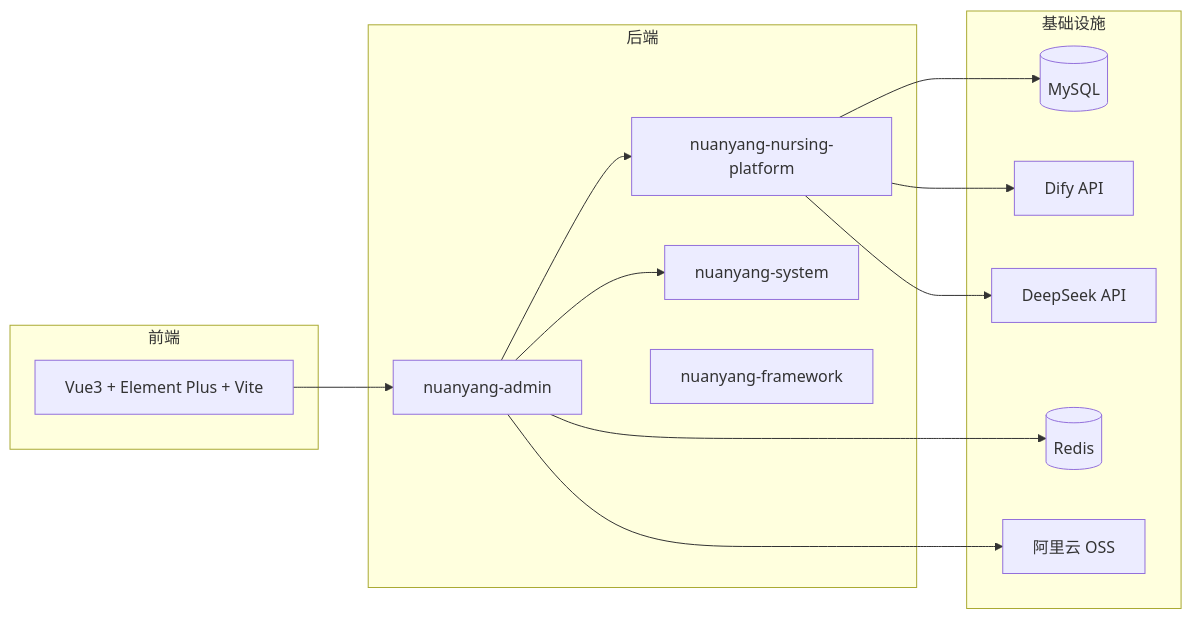
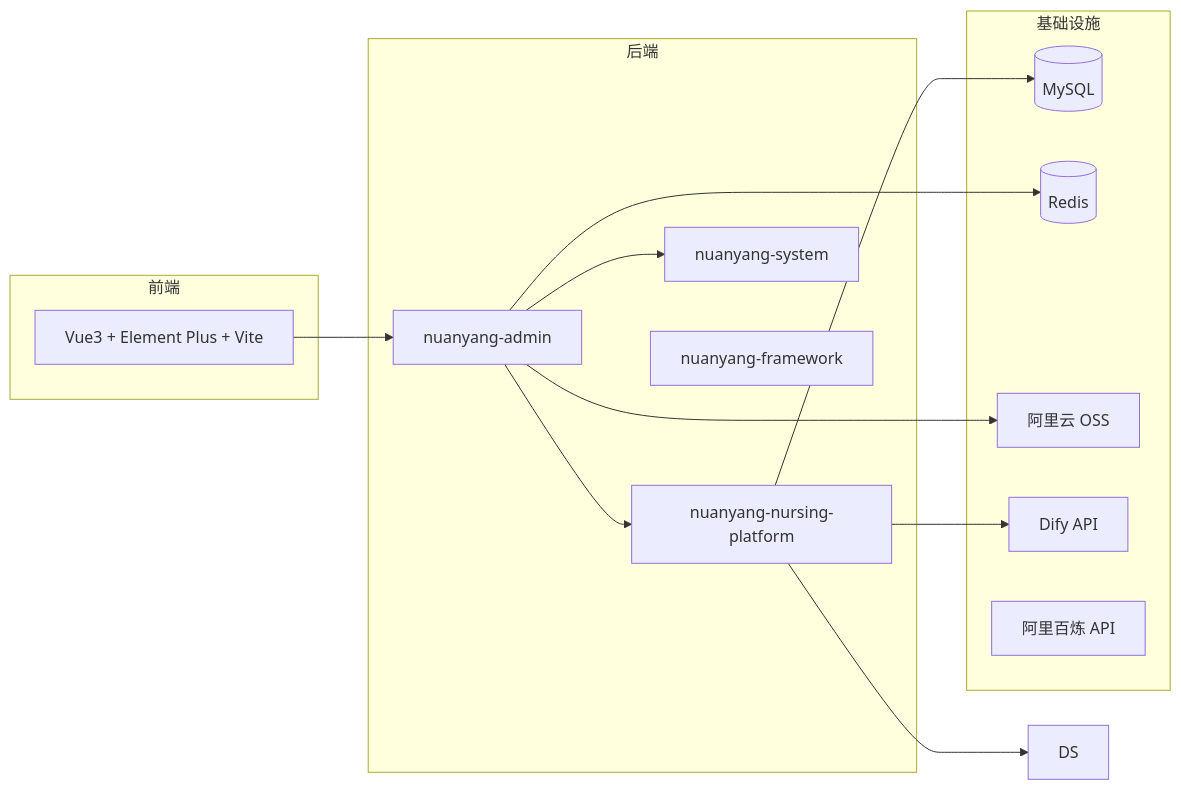
The diagram in README.md (byte-love/nuanyang-eldercare), drawn with Mermaid before and after one commit.

Commit message:
add demo coverage for all modules with screenshots and GIFs

````diff
--- a/README.md
+++ b/README.md
@@ -132,27 +132,27 @@
 ```mermaid
 flowchart LR
   subgraph 前端
     UI[Vue3 + Element Plus + Vite]
   end
   subgraph 后端
     Admin[nuanyang-admin]
     Nursing[nuanyang-nursing-platform]
     System[nuanyang-system]
     FW[nuanyang-framework]
   end
   subgraph 基础设施
     MySQL[(MySQL)]
     Redis[(Redis)]
     OSS[阿里云 OSS]
     Dify[Dify API]
-    DS[DeepSeek API]
+    Ali[阿里百炼 API]
   end
   UI --> Admin
   Admin --> Nursing
   Admin --> System
   Nursing --> MySQL
   Nursing --> Dify
   Nursing --> DS
   Admin --> Redis
   Admin --> OSS
 ```
````
